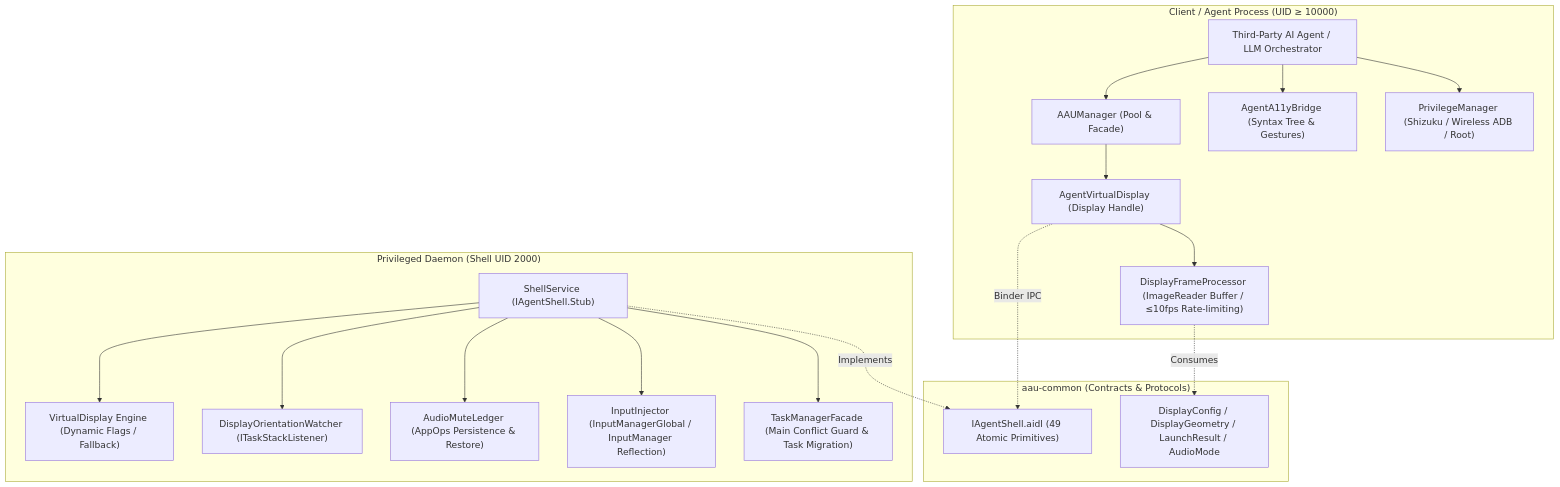
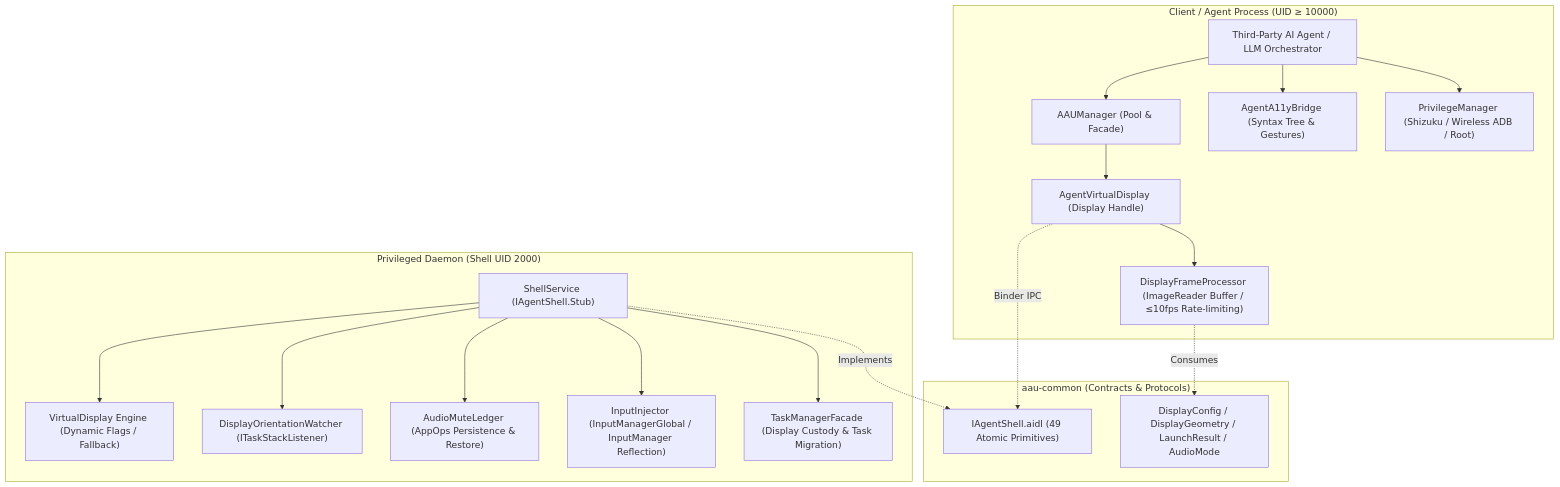
Before and after one commit to orz-i/Android-Agent-Use: the diagram in README.en.md, drawn with Mermaid. The commit also changed other lines of this file and 2 other files, not shown here.

Commit message:
docs(aau): update architecture docs for always-on display custody and origin attribution

````diff
--- a/README.en.md
+++ b/README.en.md
@@ -60,41 +60,41 @@
 ```mermaid
 flowchart TD
     subgraph ClientProcess["Client / Agent Process (UID ≥ 10000)"]
         Consumer["Third-Party AI Agent / LLM Orchestrator"]
         Manager["AAUManager (Pool & Facade)"]
         Display["AgentVirtualDisplay (Display Handle)"]
         Pipeline["DisplayFrameProcessor (ImageReader Buffer / ≤10fps Rate-limiting)"]
         A11y["AgentA11yBridge (Syntax Tree & Gestures)"]
         Setup["PrivilegeManager (Shizuku / Wireless ADB / Root)"]
         
         Consumer --> Manager
         Consumer --> A11y
         Consumer --> Setup
         Manager --> Display
         Display --> Pipeline
     end
 
     subgraph CommonLayer["aau-common (Contracts & Protocols)"]
         AIDL["IAgentShell.aidl (49 Atomic Primitives)"]
         Models["DisplayConfig / DisplayGeometry / LaunchResult / AudioMode"]
     end
 
     subgraph DaemonProcess["Privileged Daemon (Shell UID 2000)"]
         Server["ShellService (IAgentShell.Stub)"]
         VD["VirtualDisplay Engine (Dynamic Flags / Fallback)"]
         Rotation["DisplayOrientationWatcher (ITaskStackListener)"]
         Audio["AudioMuteLedger (AppOps Persistence & Restore)"]
         Input["InputInjector (InputManagerGlobal / InputManager Reflection)"]
-        TaskManager["TaskManagerFacade (Main Conflict Guard & Task Migration)"]
+        TaskManager["TaskManagerFacade (Display Custody & Task Migration)"]
 
         Server --> VD
         Server --> Rotation
         Server --> Audio
         Server --> Input
         Server --> TaskManager
     end
 
     Display -.->|Binder IPC| AIDL
     Server -.->|Implements| AIDL
     Pipeline -.->|Consumes| Models
 ```
````
